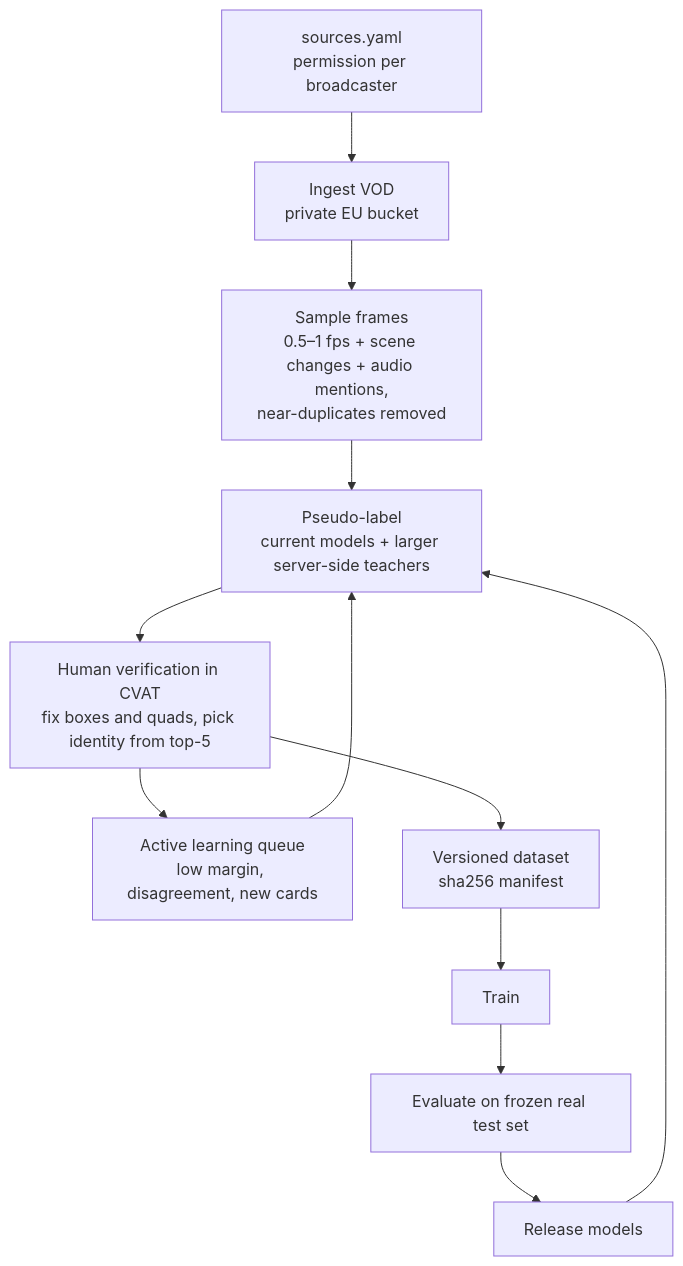
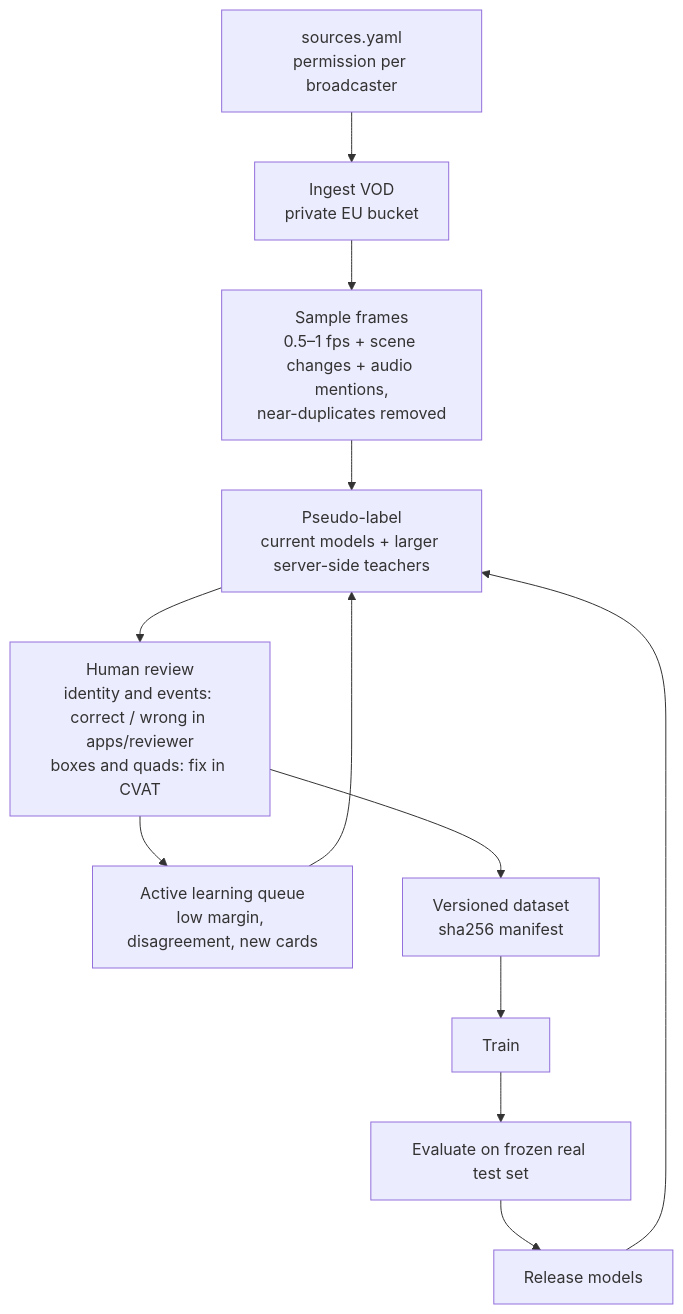
One commit to effe-exe/Wardeye changed the second of 2 diagrams in docs/research/04-data-and-evaluation.md. Above: the diagram before and after it, drawn with Mermaid. The commit also changed other lines of this file and 10 other files, not shown here.

First line of the commit message:
feat(ml): review packs from card tracks and change-gate events

````diff
--- a/docs/research/04-data-and-evaluation.md
+++ b/docs/research/04-data-and-evaluation.md
@@ -51,12 +51,12 @@
 ```mermaid
 flowchart TD
   S[sources.yaml<br/>permission per broadcaster] --> I[Ingest VOD<br/>private EU bucket]
   I --> F[Sample frames<br/>0.5–1 fps + scene changes + audio mentions,<br/>near-duplicates removed]
   F --> PL[Pseudo-label<br/>current models + larger server-side teachers]
-  PL --> H[Human verification in CVAT<br/>fix boxes and quads, pick identity from top-5]
+  PL --> H[Human review<br/>identity and events: correct / wrong in apps/reviewer<br/>boxes and quads: fix in CVAT]
   H --> AL[Active learning queue<br/>low margin, disagreement, new cards]
   AL --> PL
   H --> DS[Versioned dataset<br/>sha256 manifest]
   DS --> TR[Train] --> EV[Evaluate on frozen real test set] --> REL[Release models]
   REL --> PL
 ```
````
